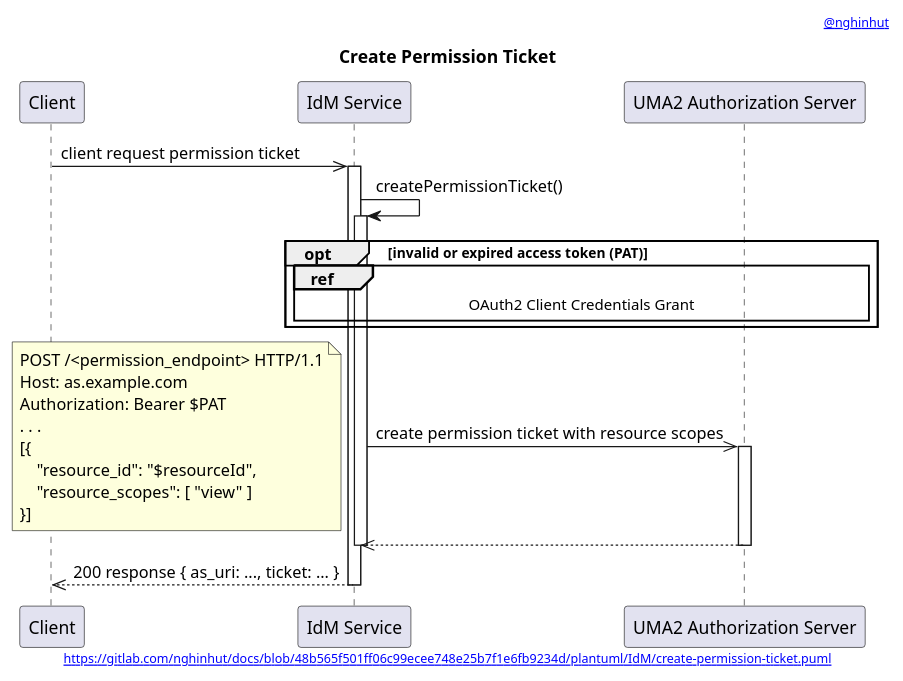
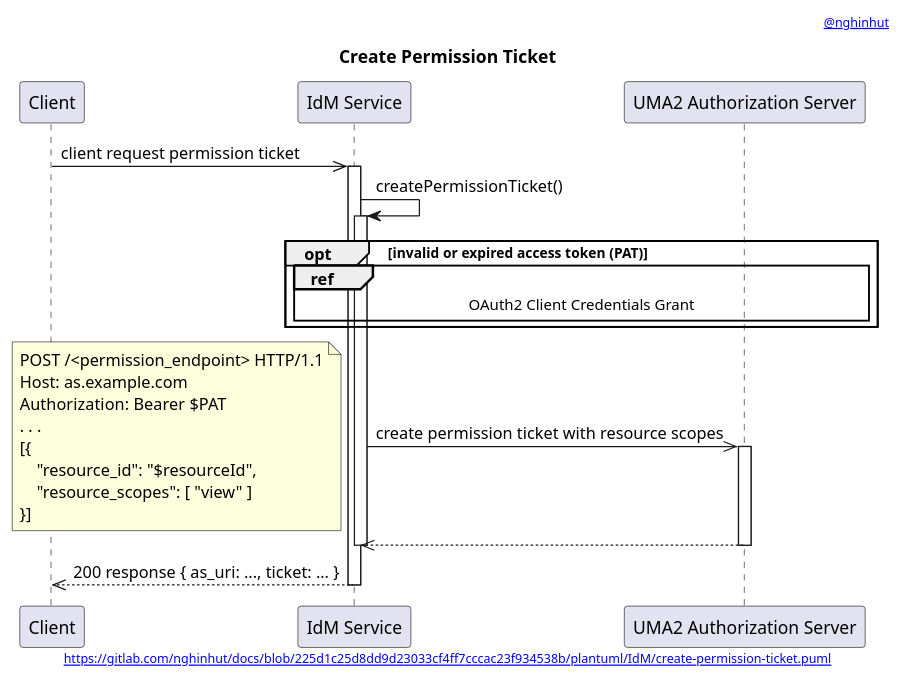
Before and after one commit to nghinhut/docs: the diagram in plantuml/IdM/create-permission-ticket.function.puml, drawn with PlantUML. The commit also changed 24 other files, not shown here.

Commit message:
docs(plantuml): update headers

```diff
--- a/plantuml/IdM/create-permission-ticket.function.puml
+++ b/plantuml/IdM/create-permission-ticket.function.puml
@@ -1,39 +1,39 @@
 @startuml
 '-----START auto generated metadata please keep comment here to allow auto update-----
 '-----DON'T EDIT THIS SECTION, INSTEAD RE-RUN prebuild.sh TO UPDATE-----
-header [[https://www.nghinhut.dev?from=http%5C%3A%5C%2F%5C%2Fwww%5C.plantuml%5C.com%5C%2Fplantuml%5C%2Fproxy%3Ffmt%3Dsvg%5C%26src%3Dhttps%5C%3A%5C%2F%5C%2Fgitlab%5C.com%5C%2Fnghinhut%5C%2Fdocs%5C%2Fraw%5C%2F48b565f501ff06c99ecee748e25b7f1e6fb9234d%5C%2Fplantuml%5C%2FIdM%5C%2Fcreate-permission-ticket%5C.puml%0A @nghinhut]]
-footer [[http://www.plantuml.com/plantuml/proxy?fmt=svg&src=https://gitlab.com/nghinhut/docs/raw/48b565f501ff06c99ecee748e25b7f1e6fb9234d/plantuml/IdM/create-permission-ticket.puml https://gitlab.com/nghinhut/docs/blob/48b565f501ff06c99ecee748e25b7f1e6fb9234d/plantuml/IdM/create-permission-ticket.puml]]
+header [[https://www.nghinhut.dev?from=http%5C%3A%5C%2F%5C%2Fwww%5C.plantuml%5C.com%5C%2Fplantuml%5C%2Fproxy%3Ffmt%3Dsvg%5C%26src%3Dhttps%5C%3A%5C%2F%5C%2Fgitlab%5C.com%5C%2Fnghinhut%5C%2Fdocs%5C%2Fraw%5C%2F225d1c25d8dd9d23033cf4ff7cccac23f934538b%5C%2Fplantuml%5C%2FIdM%5C%2Fcreate-permission-ticket%5C.puml%0A @nghinhut]]
+footer [[http://www.plantuml.com/plantuml/proxy?fmt=svg&src=https://gitlab.com/nghinhut/docs/raw/225d1c25d8dd9d23033cf4ff7cccac23f934538b/plantuml/IdM/create-permission-ticket.puml https://gitlab.com/nghinhut/docs/blob/225d1c25d8dd9d23033cf4ff7cccac23f934538b/plantuml/IdM/create-permission-ticket.puml]]
 '-----END auto generated metadata please keep comment here to allow auto update-----
 title Create Permission Ticket
 
 participant "Client" as client
 participant "IdM Service" as idm
 participant "UMA2 Authorization Server" as as
 
 client ->> idm : client request permission ticket
 activate idm
     idm -> idm : createPermissionTicket()
     activate idm
         opt invalid or expired access token (PAT)
             ref over idm, as
                 OAuth2 Client Credentials Grant
             end
         end
         idm ->> as : create permission ticket with resource scopes
         note left
             POST /<permission_endpoint> HTTP/1.1
             Host: as.example.com
             Authorization: Bearer $PAT
             . . .
             [{
                 "resource_id": "$resourceId",
                 "resource_scopes": [ "view" ]
             }]
         end note
         activate as
         idm <<-- as
         deactivate as
     deactivate idm
     client <<-- idm : 200 response { as_uri: ..., ticket: ... }
 deactivate idm
 @enduml
```
